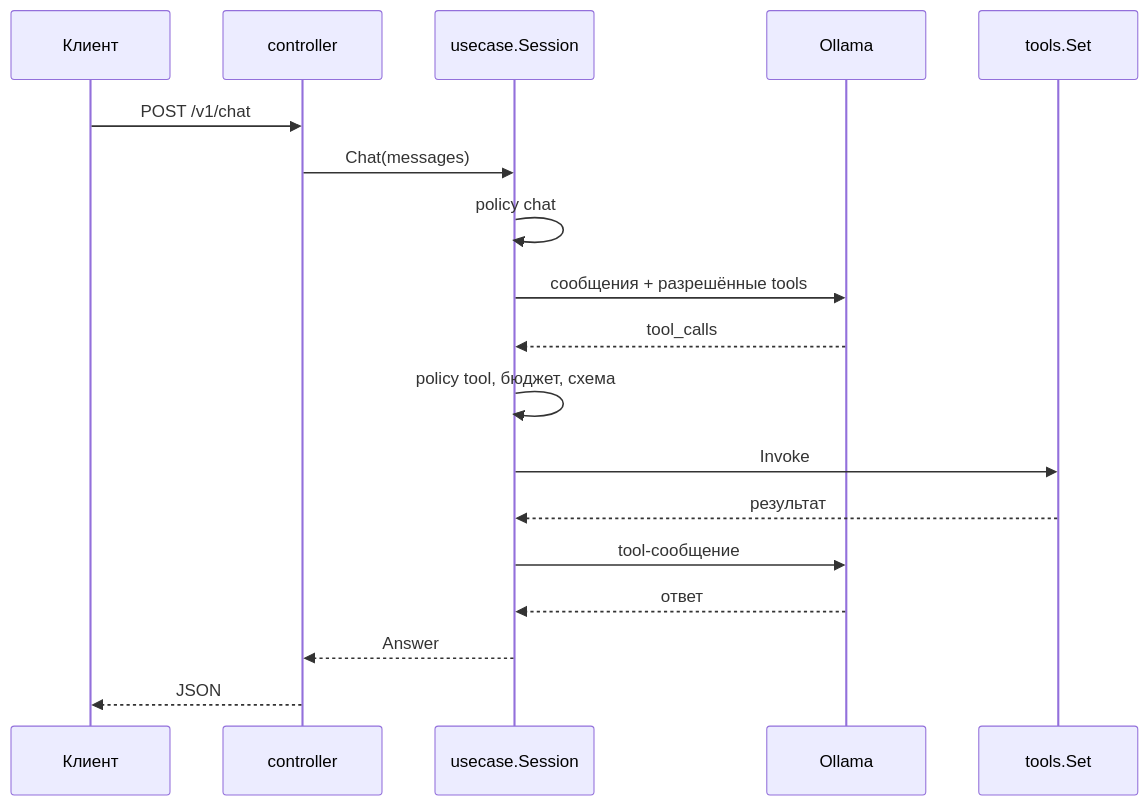
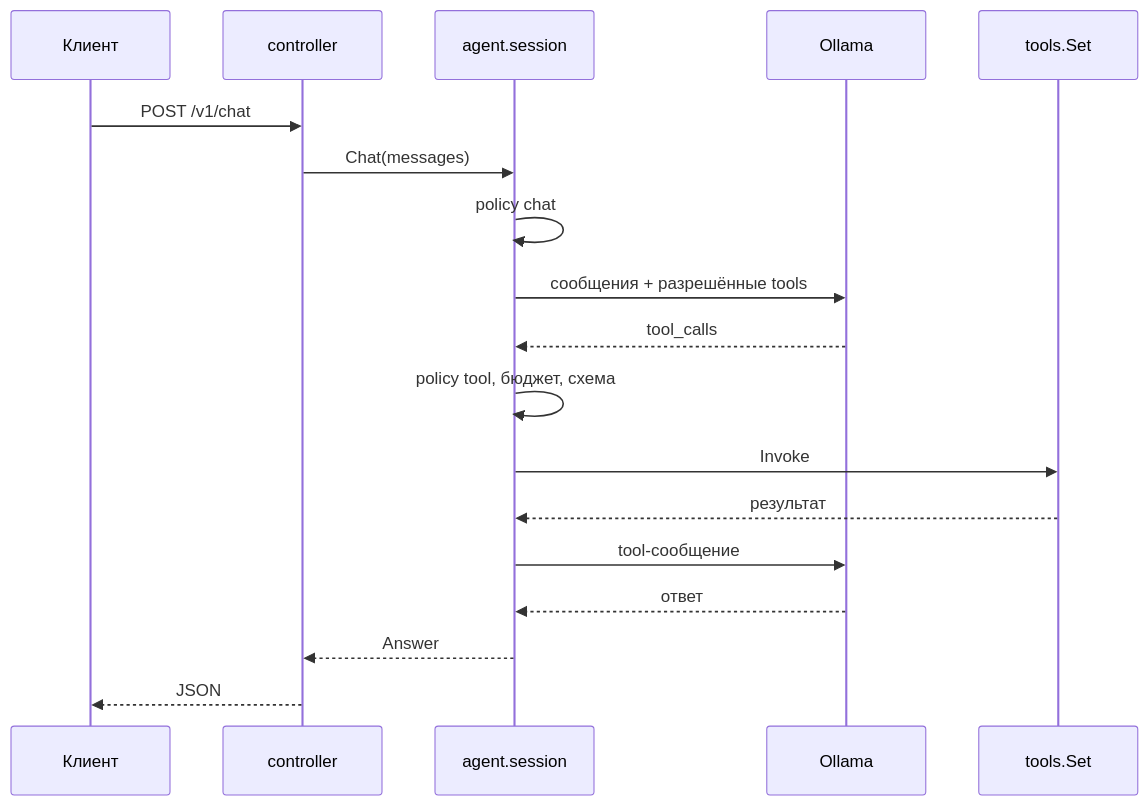
Before and after one commit to KirillYuzh/Gobellim: the diagram in lite-demo/README.md, drawn with Mermaid. The commit also changed other lines of this file and 11 other files, not shown here.

````diff
--- a/lite-demo/README.md
+++ b/lite-demo/README.md
@@ -34,21 +31,21 @@
 ```mermaid
 sequenceDiagram
     participant C as Клиент
     participant H as controller
-    participant U as usecase.Session
+    	participant U as agent.session
     participant L as Ollama
     participant T as tools.Set
 
     C->>H: POST /v1/chat
     H->>U: Chat(messages)
     U->>U: policy chat
     U->>L: сообщения + разрешённые tools
     L-->>U: tool_calls
     U->>U: policy tool, бюджет, схема
     U->>T: Invoke
     T-->>U: результат
     U->>L: tool-сообщение
     L-->>U: ответ
     U-->>H: Answer
     H-->>C: JSON
 ```
````
